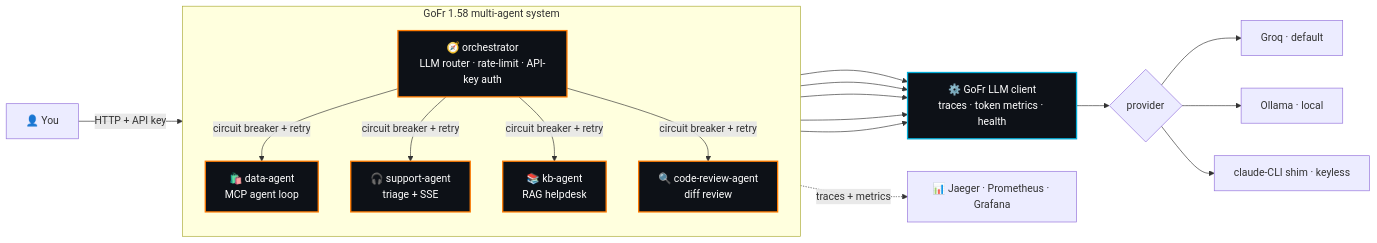
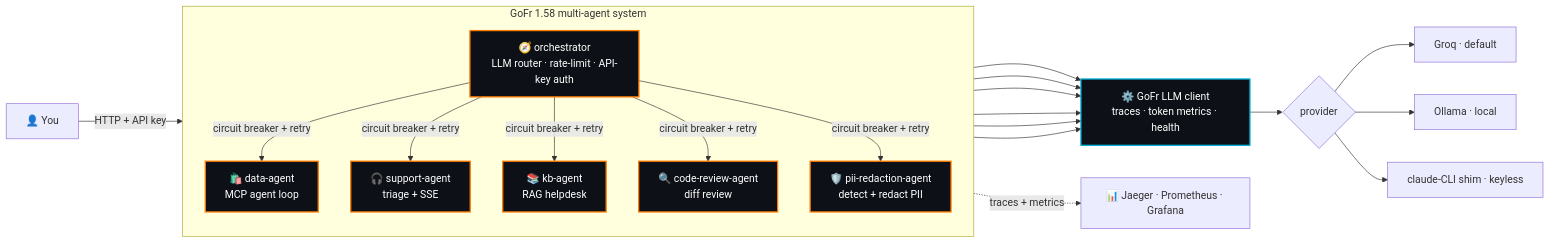
The diagram in README.md (aryanmehrotra/agents), drawn with Mermaid before and after one commit. The commit also changed other lines of this file and 11 other files, not shown here.

Commit message:
feat(agent): add pii-redaction-agent (compliance/redaction is a top 2026 enterprise agent use case) (#2)

````diff
--- a/README.md
+++ b/README.md
@@ -26,30 +26,32 @@
 ```mermaid
 flowchart LR
     You["👤 You"] -->|"HTTP + API key"| ORCH
 
     subgraph System["GoFr 1.58 multi-agent system"]
         direction TB
         ORCH["🧭 orchestrator<br/>LLM router · rate-limit · API-key auth"]
         ORCH -->|"circuit breaker + retry"| D["🛍️ data-agent<br/>MCP agent loop"]
         ORCH -->|"circuit breaker + retry"| S["🎧 support-agent<br/>triage + SSE"]
         ORCH -->|"circuit breaker + retry"| K["📚 kb-agent<br/>RAG helpdesk"]
         ORCH -->|"circuit breaker + retry"| R["🔍 code-review-agent<br/>diff review"]
+        ORCH -->|"circuit breaker + retry"| P["🛡️ pii-redaction-agent<br/>detect + redact PII"]
     end
 
     D --> LLM["⚙️ GoFr LLM client<br/>traces · token metrics · health"]
     S --> LLM
     K --> LLM
     R --> LLM
+    P --> LLM
     ORCH --> LLM
     LLM --> Provider{"provider"}
     Provider --> Groq["Groq · default"]
     Provider --> Ollama["Ollama · local"]
     Provider --> Shim["claude-CLI shim · keyless"]
 
     System -.->|"traces + metrics"| OBS["📊 Jaeger · Prometheus · Grafana"]
 
     classDef agent fill:#0d1117,stroke:#FF7A00,stroke-width:2px,color:#ffffff;
     classDef core fill:#0d1117,stroke:#00ADD8,stroke-width:2px,color:#ffffff;
-    class ORCH,D,S,K,R agent;
+    class ORCH,D,S,K,R,P agent;
     class LLM core;
 ```
````
